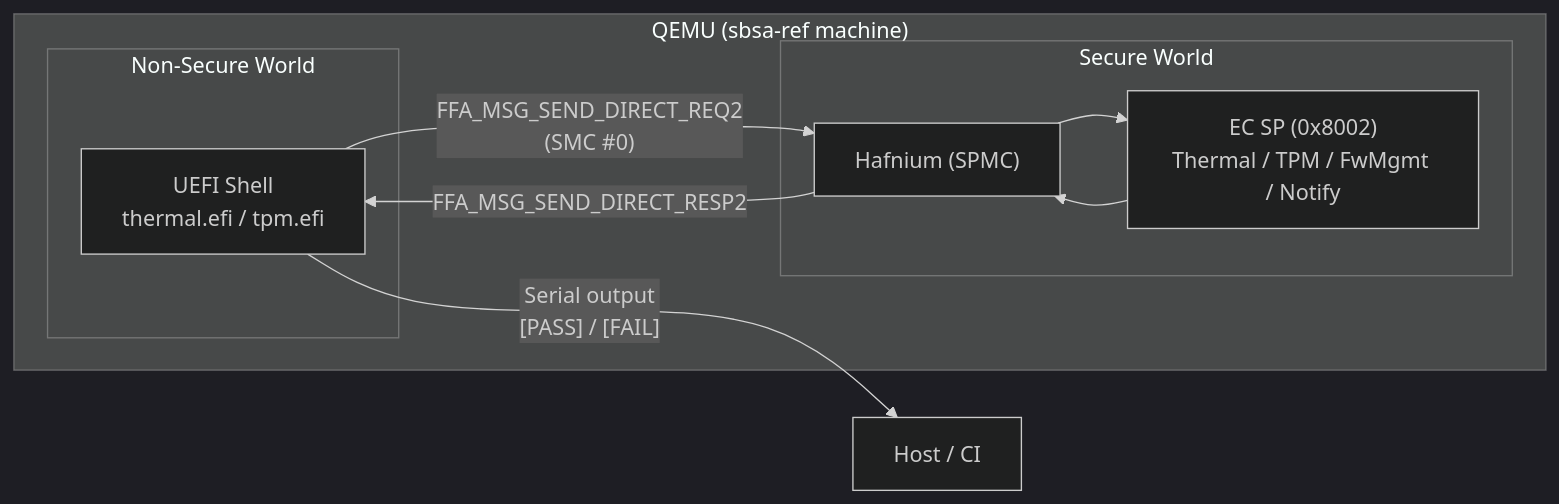
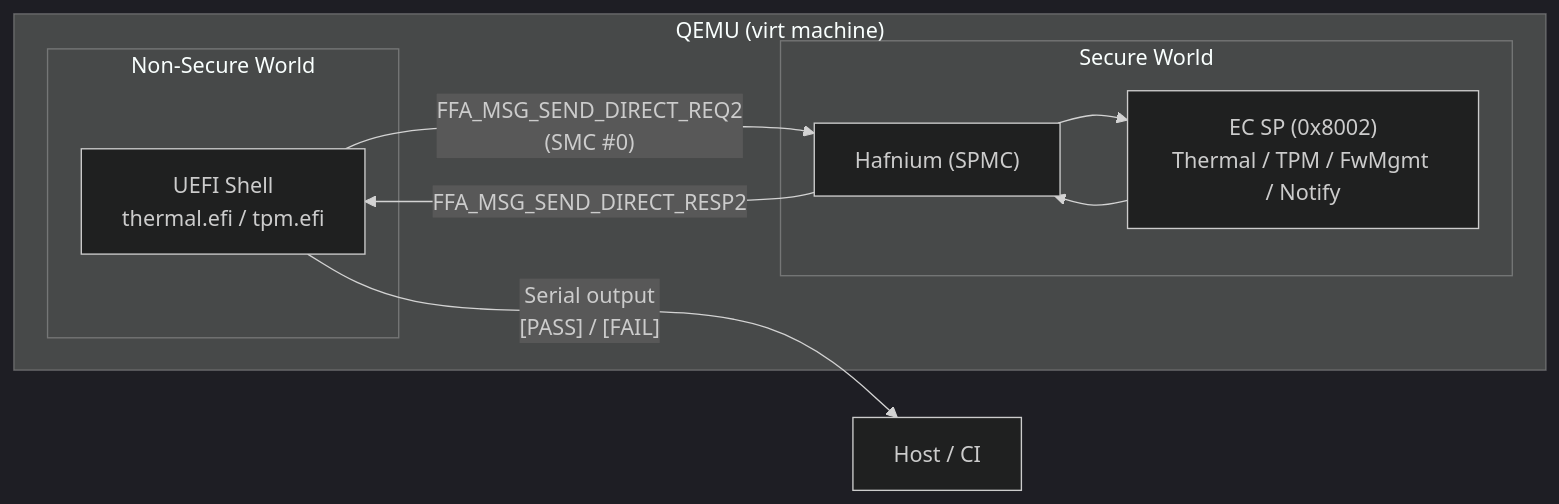
The diagram in docs/e2e-tests.md (OpenDevicePartnership/odp-platform-qemu-sbsa), drawn with Mermaid (dark theme) before and after one commit. The commit also changed other lines of this file and 12 other files, not shown here.

First line of the commit message:
refactor(e2e): collapse harness scripts; rename SBSA → host (role) / virt (machine) (#95)

````diff
--- a/docs/e2e-tests.md
+++ b/docs/e2e-tests.md
@@ -13,17 +13,17 @@
 ```mermaid
 graph LR
-    subgraph QEMU["QEMU (sbsa-ref machine)"]
+    subgraph QEMU["QEMU (virt machine)"]
         subgraph NS["Non-Secure World"]
             Shell["UEFI Shell<br/>thermal.efi / tpm.efi"]
         end
         subgraph S["Secure World"]
             SPMC["Hafnium (SPMC)"]
             SP["EC SP (0x8002)<br/>Thermal / TPM / FwMgmt / Notify"]
         end
         Shell -- "FFA_MSG_SEND_DIRECT_REQ2<br/>(SMC #0)" --> SPMC
         SPMC --> SP
         SP --> SPMC
         SPMC -- "FFA_MSG_SEND_DIRECT_RESP2" --> Shell
     end
     Shell -- "Serial output<br/>[PASS] / [FAIL]" --> Host["Host / CI"]
 ```
````
